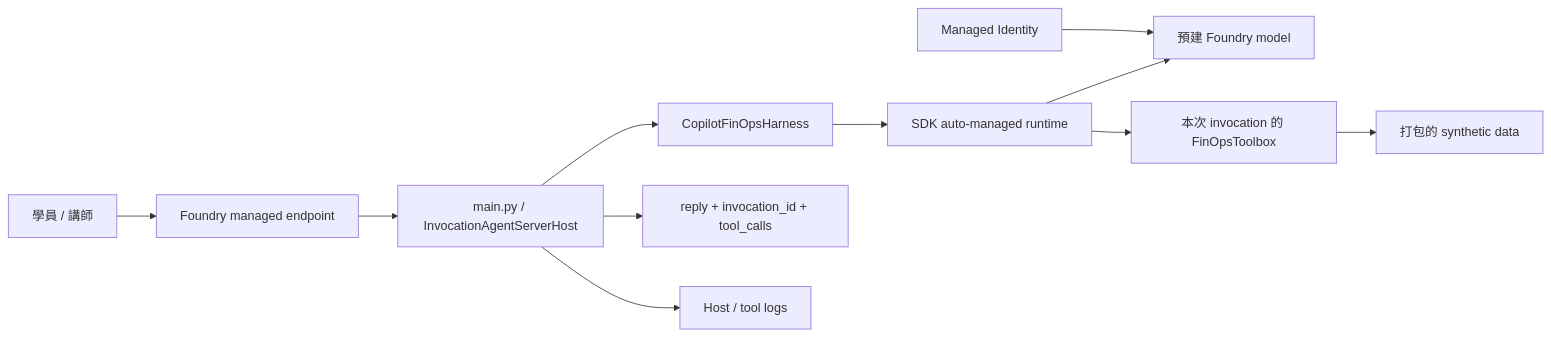
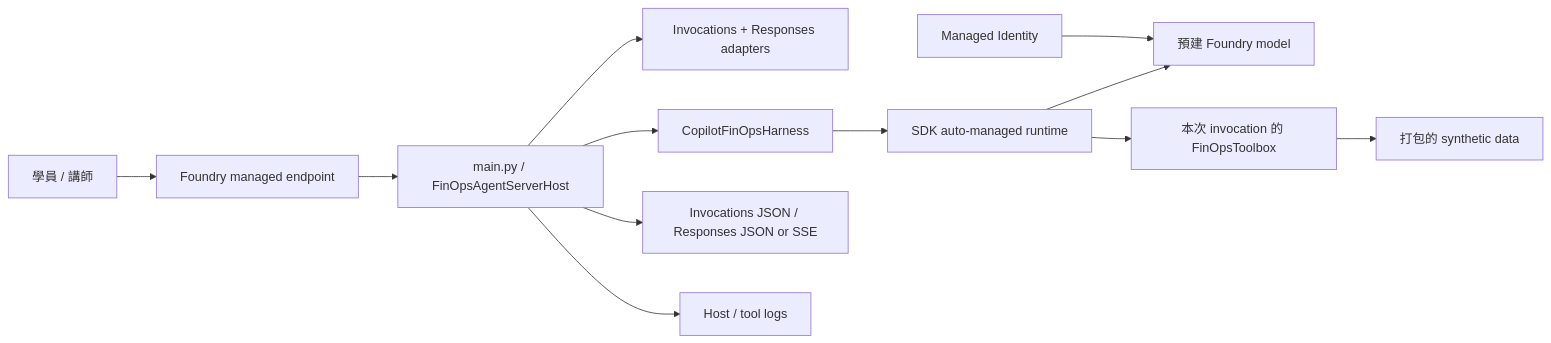
Before and after one commit to Kenblair1226/devdays26-agent-workshop: the third of 3 diagrams in docs/architecture.md, drawn with Mermaid. The commit also changed other lines of this file and 13 other files, not shown here.

Commit message:
Implement dual protocol support in FinOps Agent with invocations and responses

````diff
--- a/docs/architecture.md
+++ b/docs/architecture.md
@@ -88,13 +88,14 @@
 ```mermaid
 flowchart LR
     Caller["學員 / 講師"] --> Endpoint["Foundry managed endpoint"]
-    Endpoint --> Host["main.py / InvocationAgentServerHost"]
+    Endpoint --> Host["main.py / FinOpsAgentServerHost"]
+    Host --> Protocols["Invocations + Responses adapters"]
     Host --> Harness["CopilotFinOpsHarness"]
     Harness --> SDK["SDK auto-managed runtime"]
     SDK --> Model["預建 Foundry model"]
     Identity["Managed Identity"] --> Model
     SDK --> Tools["本次 invocation 的 FinOpsToolbox"]
     Tools --> Fixture["打包的 synthetic data"]
-    Host --> Reply["reply + invocation_id + tool_calls"]
+    Host --> Reply["Invocations JSON / Responses JSON or SSE"]
     Host --> Logs["Host / tool logs"]
 ```
````
